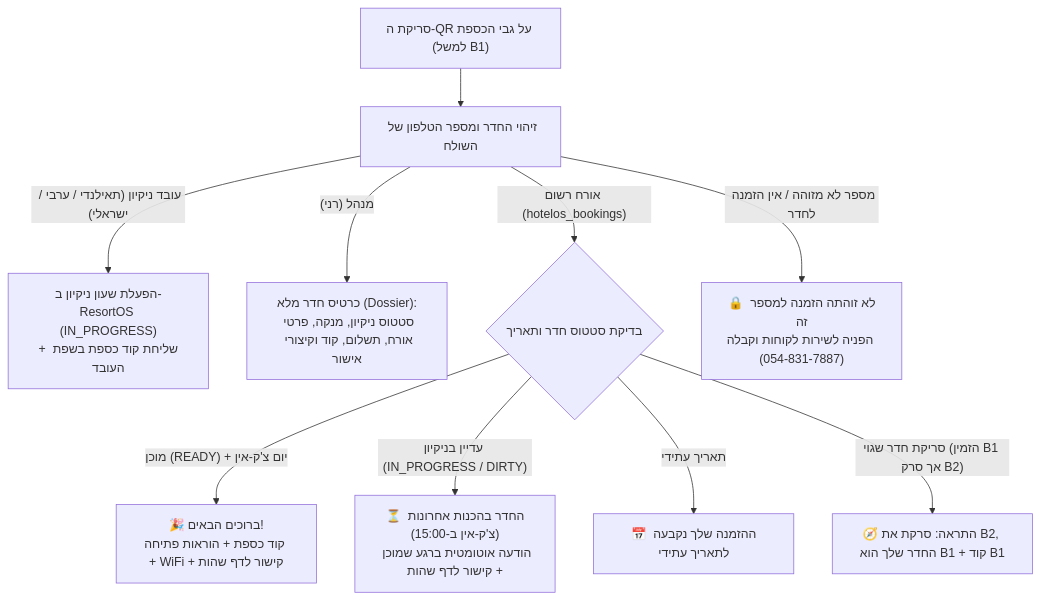
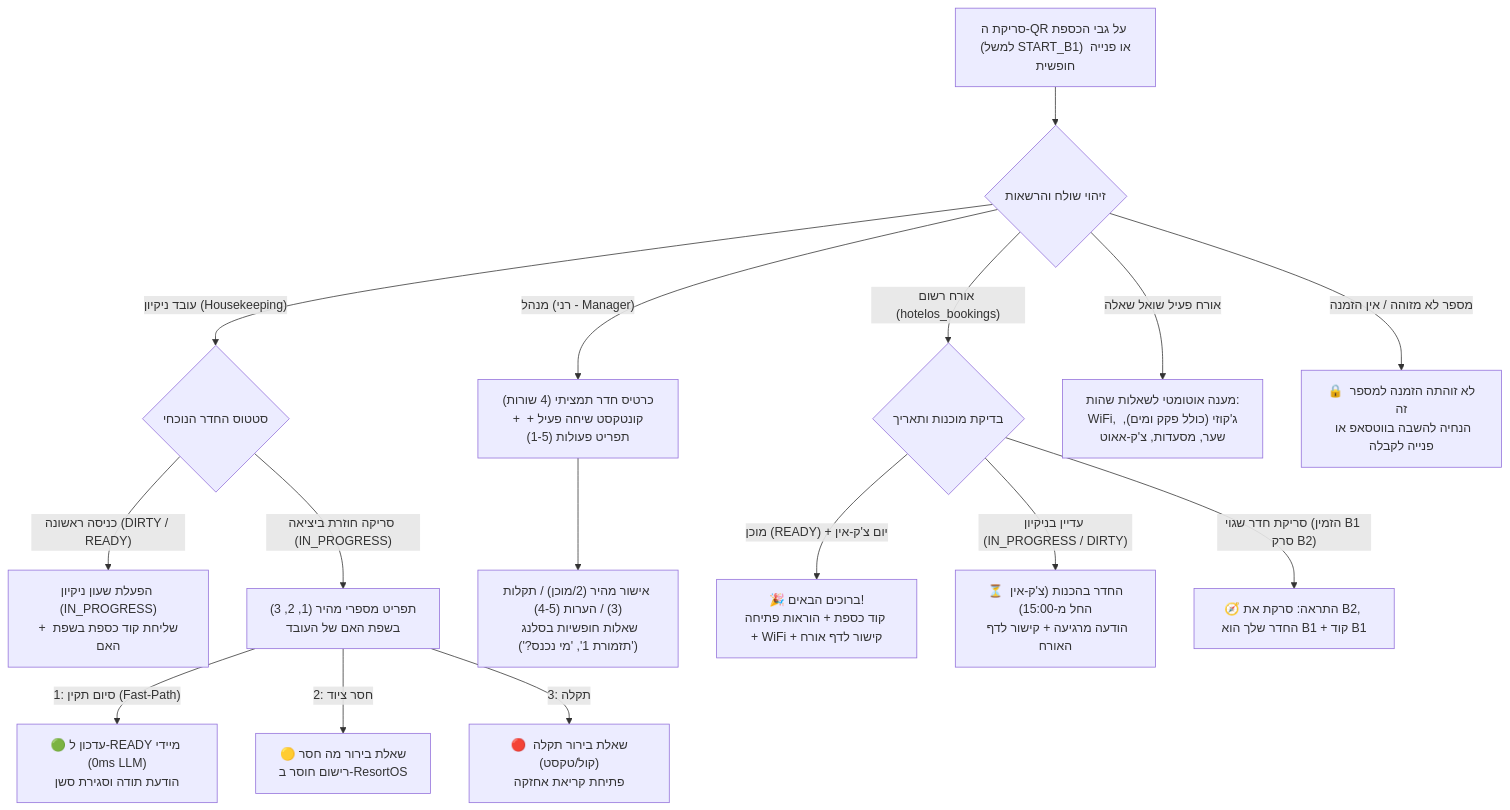
One commit to ranbenri-hacklberry/resortos changed the diagram in services/resortos-agent/SMART_KEY_QR_SYSTEM.md. Above: the diagram before and after it, drawn with Mermaid. The commit also changed other lines of this file and 44 other files, not shown here.

````diff
--- a/services/resortos-agent/SMART_KEY_QR_SYSTEM.md
+++ b/services/resortos-agent/SMART_KEY_QR_SYSTEM.md
@@ -18,17 +19,24 @@
 ```mermaid
 flowchart TD
-    Scan["סריקת ה-QR על גבי הכספת (למשל B1)"] --> Resolve["זיהוי החדר ומספר הטלפון של השולח"]
+    Scan["סריקת ה-QR על גבי הכספת (למשל START_B1) או פנייה חופשית"] --> AuthCheck{"זיהוי שולח והרשאות"}
     
-    Resolve -->|"עובד ניקיון (תאילנדי / ערבי / ישראלי)"| CleanerFlow["הפעלת שעון ניקיון ב-ResortOS (IN_PROGRESS)<br/>+ שליחת קוד כספת בשפת העובד"]
+    AuthCheck -->|"עובד ניקיון (Housekeeping)"| WorkerBranch{"סטטוס החדר הנוכחי"}
+    WorkerBranch -->|"כניסה ראשונה (DIRTY / READY)"| WorkerStart["הפעלת שעון ניקיון (IN_PROGRESS)<br/>+ שליחת קוד כספת בשפת האם"]
+    WorkerBranch -->|"סריקה חוזרת ביציאה (IN_PROGRESS)"| WorkerExitMenu["תפריט מספרי מהיר (1, 2, 3)<br/>בשפת האם של העובד"]
     
-    Resolve -->|"מנהל (רני)"| ManagerFlow["כרטיס חדר מלא (Dossier):<br/>סטטוס ניקיון, מנקה, פרטי אורח, תשלום, קוד וקיצורי אישור"]
+    WorkerExitMenu -->|"1: סיום תקין (Fast-Path)"| FastReady["🟢 עדכון ל-READY מיידי (0ms LLM)<br/>הודעת תודה וסגירת סשן"]
+    WorkerExitMenu -->|"2: חסר ציוד"| AskSupplies["🟡 שאלת בירור מה חסר<br/>רישום חוסר ב-ResortOS"]
+    WorkerExitMenu -->|"3: תקלה"| AskMaint["🔴 שאלת בירור תקלה (קול/טקסט)<br/>פתיחת קריאת אחזקה"]
     
-    Resolve -->|"אורח רשום (hotelos_bookings)"| GuestCheck{"בדיקת סטטוס חדר ותאריך"}
+    AuthCheck -->|"מנהל (רני - Manager)"| ManagerBranch["כרטיס חדר תמציתי (4 שורות)<br/>+ קונטקסט שיחה פעיל + תפריט פעולות (1-5)"]
+    ManagerBranch --> ManagerActions["אישור מהיר (2/מוכן) / תקלות (3) / הערות (4-5)<br/>שאלות חופשיות בסלנג ('תזמורת 1', 'מי נכנס?')"]
     
-    GuestCheck -->|"מוכן (READY) + יום צ'ק-אין"| GuestReady["🎉 ברוכים הבאים!<br/>קוד כספת + הוראות פתיחה + WiFi + קישור לדף שהות"]
-    GuestCheck -->|"עדיין בניקיון (IN_PROGRESS / DIRTY)"| GuestWait["⏳ החדר בהכנות אחרונות (צ'ק-אין ב-15:00)<br/>הודעה אוטומטית ברגע שמוכן + קישור לדף שהות"]
-    GuestCheck -->|"תאריך עתידי"| GuestFuture["📅 ההזמנה שלך נקבעה לתאריך עתידי"]
-    GuestCheck -->|"סריקת חדר שגוי (הזמין B1 אך סרק B2)"| GuestWrong["🧭 התראה: סרקת את B2, החדר שלך הוא B1 + קוד B1"]
+    AuthCheck -->|"אורח רשום (hotelos_bookings)"| GuestBranch{"בדיקת מוכנות ותאריך"}
+    GuestBranch -->|"מוכן (READY) + יום צ'ק-אין"| GuestReady["🎉 ברוכים הבאים!<br/>קוד כספת + הוראות פתיחה + WiFi + קישור לדף אורח"]
+    GuestBranch -->|"עדיין בניקיון (IN_PROGRESS / DIRTY)"| GuestWait["⏳ החדר בהכנות (צ'ק-אין החל מ-15:00)<br/>הודעה מרגיעה + קישור לדף האורח"]
+    GuestBranch -->|"סריקת חדר שגוי (הזמין B1 סרק B2)"| GuestWrong["🧭 התראה: סרקת את B2, החדר שלך הוא B1 + קוד B1"]
     
-    Resolve -->|"מספר לא מזוהה / אין הזמנה לחדר"| StrangerFlow["🔒 לא זוהתה הזמנה למספר זה<br/>הפניה לשירות לקוחות וקבלה (054-831-7887)"]
+    AuthCheck -->|"אורח פעיל שואל שאלה"| GuestFAQ["מענה אוטומטי לשאלות שהות:<br/>WiFi, ג'קוזי (כולל פקק ומים), שער, מסעדות, צ'ק-אאוט"]
+    
+    AuthCheck -->|"מספר לא מזוהה / אין הזמנה"| StrangerFlow["🔒 לא זוהתה הזמנה למספר זה<br/>הנחיה להשבה בווטסאפ או פנייה לקבלה"]
 ```
````
